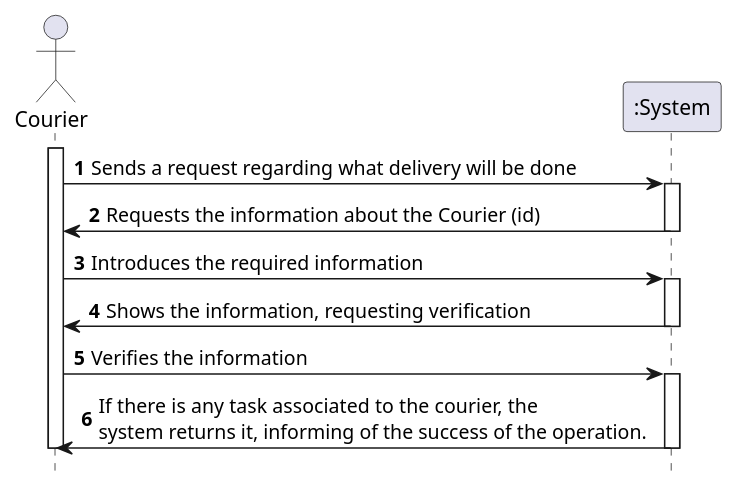
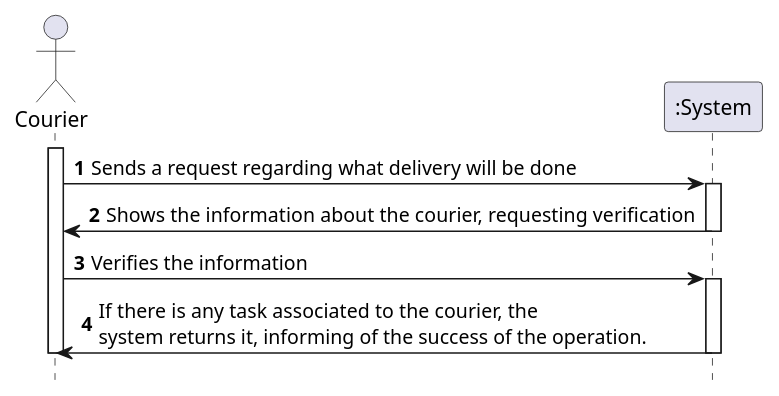
Before and after one commit to tiagoavcosta25/LAPR3: the diagram in docs/Iteration 1/UCxx/UCxx_SSD.puml, drawn with PlantUML. The commit also changed 8 other files, not shown here.

```diff
--- a/docs/Iteration 1/UCxx/UCxx_SSD.puml
+++ b/docs/Iteration 1/UCxx/UCxx_SSD.puml
@@ -1,28 +1,23 @@
 @startuml
 autonumber
 hide footbox
 
 actor "Courier" as COUR
 
 participant ":System" as SYST
 
 activate COUR
 
 COUR -> SYST : Sends a request regarding what delivery will be done
 activate SYST
-SYST -> COUR : Requests the information about the Courier (id)
-deactivate SYST
-
-COUR -> SYST : Introduces the required information
-activate SYST
-SYST -> COUR : Shows the information, requesting verification
+SYST -> COUR : Shows the information about the courier, requesting verification
 deactivate SYST
 
 COUR -> SYST : Verifies the information
 activate SYST
 SYST -> COUR : If there is any task associated to the courier, the \nsystem returns it, informing of the success of the operation.
 deactivate SYST
 
 deactivate COUR
 
 @enduml
```
